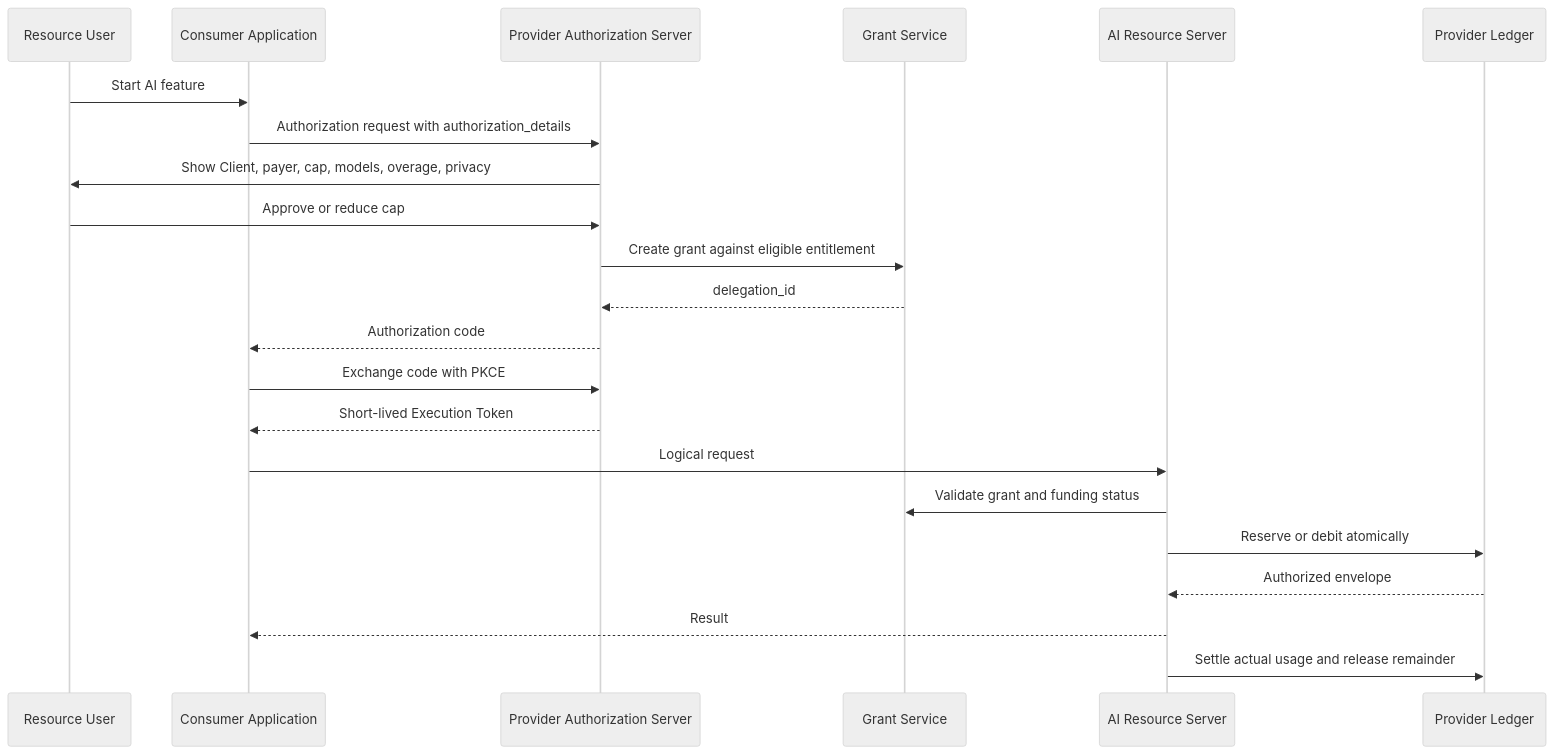
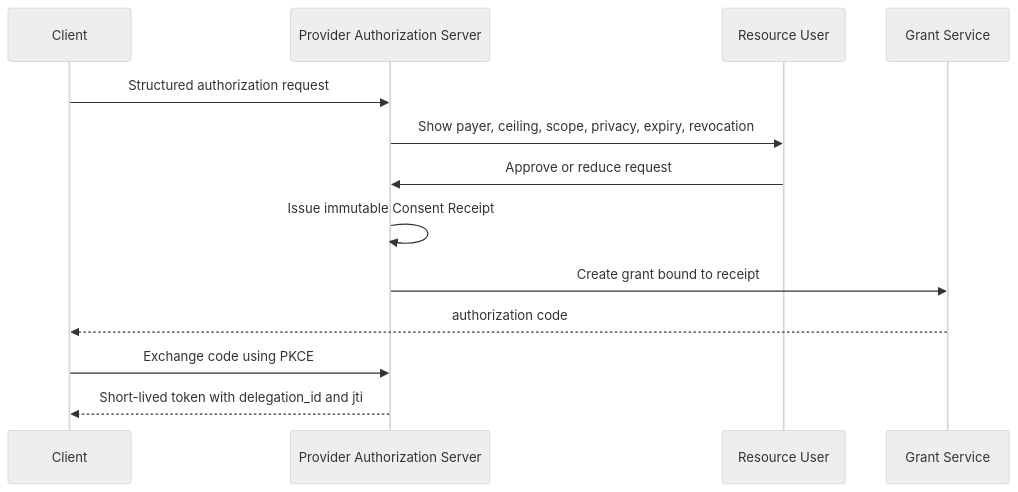
The fifth of 11 diagrams in FLOWS.md (MJohnstonAI/ai-billing-delegation), drawn with Mermaid (neutral theme) before and after one commit. The commit also changed other lines of this file, not shown here.

Commit message:
docs: add ABDS v0.6 evidence and reconciliation flows

````diff
--- a/FLOWS.md
+++ b/FLOWS.md
@@ -82,25 +89,16 @@
 ```mermaid
 sequenceDiagram
+    participant A as Client
+    participant AS as Provider Authorization Server
     participant U as Resource User
-    participant A as Consumer Application
-    participant AS as Provider Authorization Server
     participant G as Grant Service
-    participant API as AI Resource Server
-    participant L as Provider Ledger
 
-    U->>A: Start AI feature
-    A->>AS: Authorization request with authorization_details
-    AS->>U: Show Client, payer, cap, models, overage, privacy
-    U->>AS: Approve or reduce cap
-    AS->>G: Create grant against eligible entitlement
-    G-->>AS: delegation_id
-    AS-->>A: Authorization code
-    A->>AS: Exchange code with PKCE
-    AS-->>A: Short-lived Execution Token
-    A->>API: Logical request
-    API->>G: Validate grant and funding status
-    API->>L: Reserve or debit atomically
-    L-->>API: Authorized envelope
-    API-->>A: Result
-    API->>L: Settle actual usage and release remainder
+    A->>AS: Structured authorization request
+    AS->>U: Show payer, ceiling, scope, privacy, expiry, revocation
+    U->>AS: Approve or reduce request
+    AS->>AS: Issue immutable Consent Receipt
+    AS->>G: Create grant bound to receipt
+    G-->>A: authorization code
+    A->>AS: Exchange code using PKCE
+    AS-->>A: Short-lived token with delegation_id and jti
 ```
````
